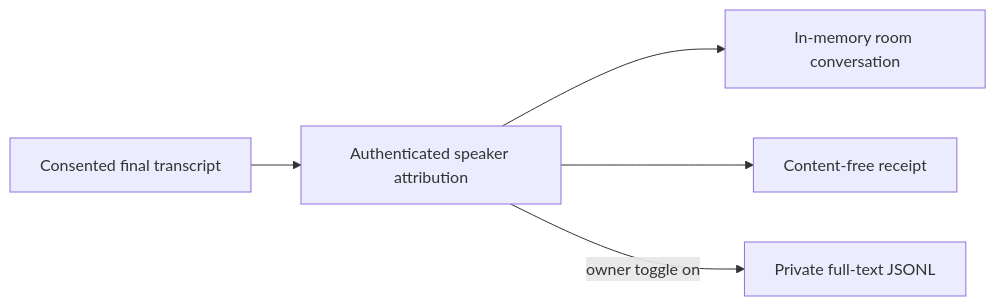
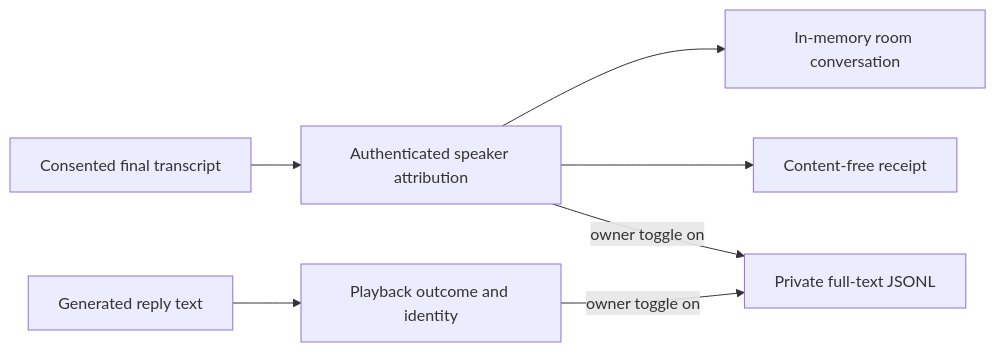
The diagram in docs/adr/0121-development-voice-transcripts-are-explicit.md (Volpestyle/clankie), drawn with Mermaid before and after one commit. The commit also changed other lines of this file and 33 other files, not shown here.

````diff
--- a/docs/adr/0121-development-voice-transcripts-are-explicit.md
+++ b/docs/adr/0121-development-voice-transcripts-are-explicit.md
@@ -27,7 +27,9 @@
 ```mermaid
 flowchart LR
   A[Consented final transcript] --> B[Authenticated speaker attribution]
   B --> C[In-memory room conversation]
   B --> D[Content-free receipt]
   B -->|owner toggle on| E[Private full-text JSONL]
+  F[Generated reply text] --> G[Playback outcome and identity]
+  G -->|owner toggle on| E
 ```
````
